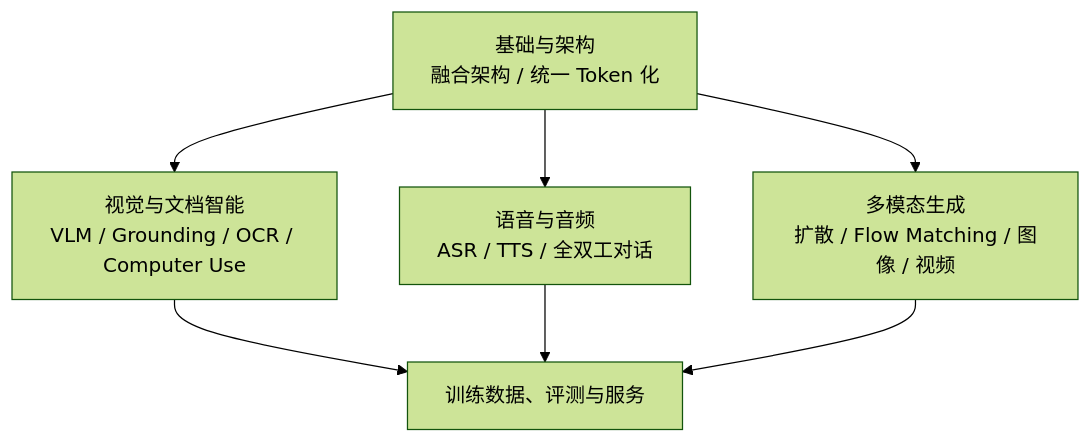
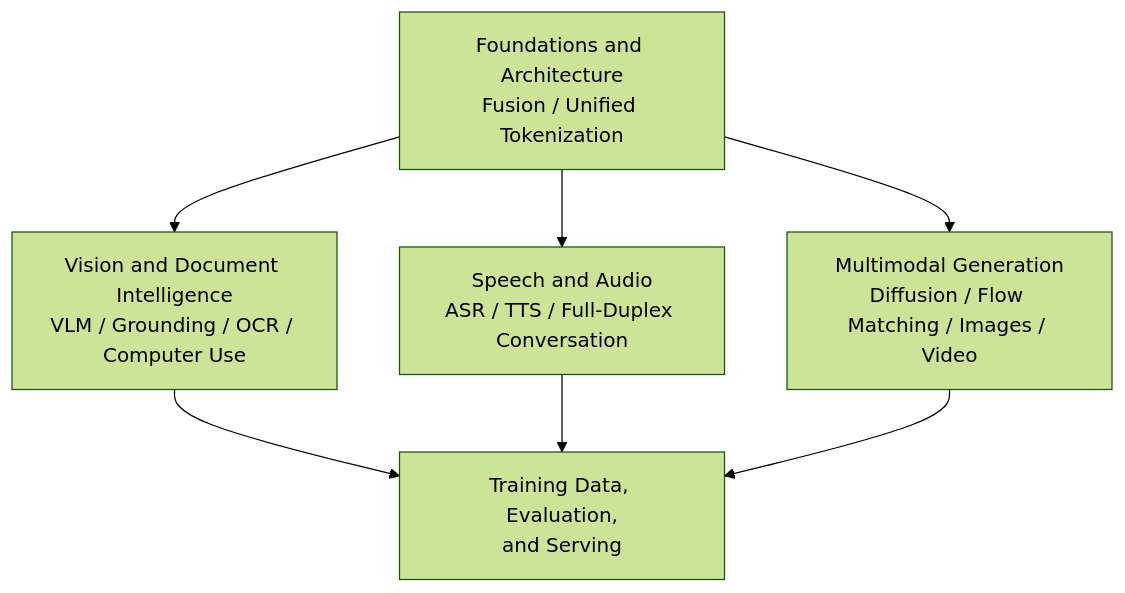
One commit to oneleaveknowsthefall/awesome-ai-roadmap changed the diagram in docs/multimodal/README.md. Above: the diagram before and after it, drawn with Mermaid (forest theme). The commit also changed other lines of this file and 92 other files, not shown here.

````diff
--- a/docs/multimodal/README.md
+++ b/docs/multimodal/README.md
@@ -21,15 +21,15 @@
 ```mermaid
 flowchart TB
-    F["基础与架构<br/>融合架构 / 统一 Token 化"]
-    V["视觉与文档智能<br/>VLM / Grounding / OCR / Computer Use"]
-    S["语音与音频<br/>ASR / TTS / 全双工对话"]
-    G["多模态生成<br/>扩散 / Flow Matching / 图像 / 视频"]
-    D["训练数据、评测与服务"]
+    F["Foundations and Architecture<br/>Fusion / Unified Tokenization"]
+    V["Vision and Document Intelligence<br/>VLM / Grounding / OCR / Computer Use"]
+    S["Speech and Audio<br/>ASR / TTS / Full-Duplex Conversation"]
+    G["Multimodal Generation<br/>Diffusion / Flow Matching / Images / Video"]
+    D["Training Data, Evaluation,<br/>and Serving"]
 
     F --> V
     F --> S
     F --> G
     V --> D
     S --> D
     G --> D
 ```
````
